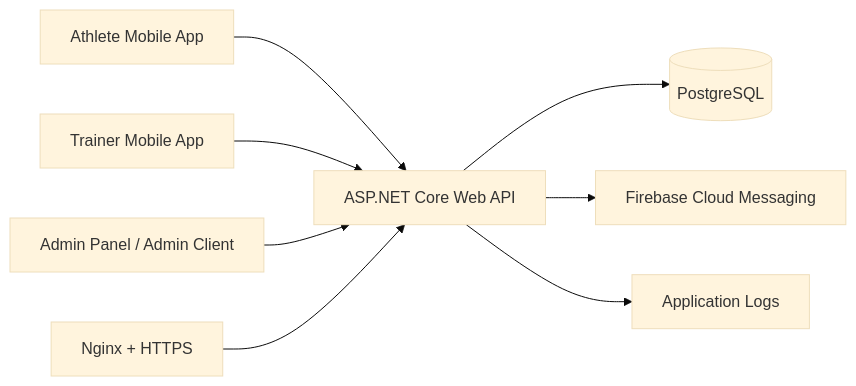
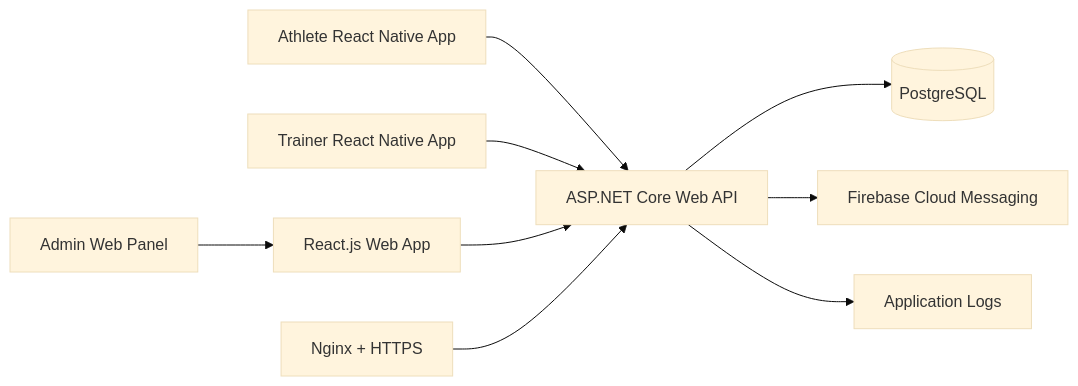
The diagram in docs/02-system-architecture.md (fatihkesik01/TrackMe-Docs), drawn with Mermaid (base theme) before and after one commit. The commit also changed other lines of this file and 6 other files, not shown here.

Commit message:
update architecture docs for app split

````diff
--- a/docs/02-system-architecture.md
+++ b/docs/02-system-architecture.md
@@ -17,10 +18,11 @@
 ```mermaid
 flowchart LR
-    Athlete[Athlete Mobile App] --> API[ASP.NET Core Web API]
-    Trainer[Trainer Mobile App] --> API
-    Admin[Admin Panel / Admin Client] --> API
+    Athlete[Athlete React Native App] --> API[ASP.NET Core Web API]
+    Trainer[Trainer React Native App] --> API
+    Web[React.js Web App] --> API
+    Admin[Admin Web Panel] --> Web
     API --> DB[(PostgreSQL)]
     API --> FCM[Firebase Cloud Messaging]
     API --> Logs[Application Logs]
     Nginx[Nginx + HTTPS] --> API
 ```
````
